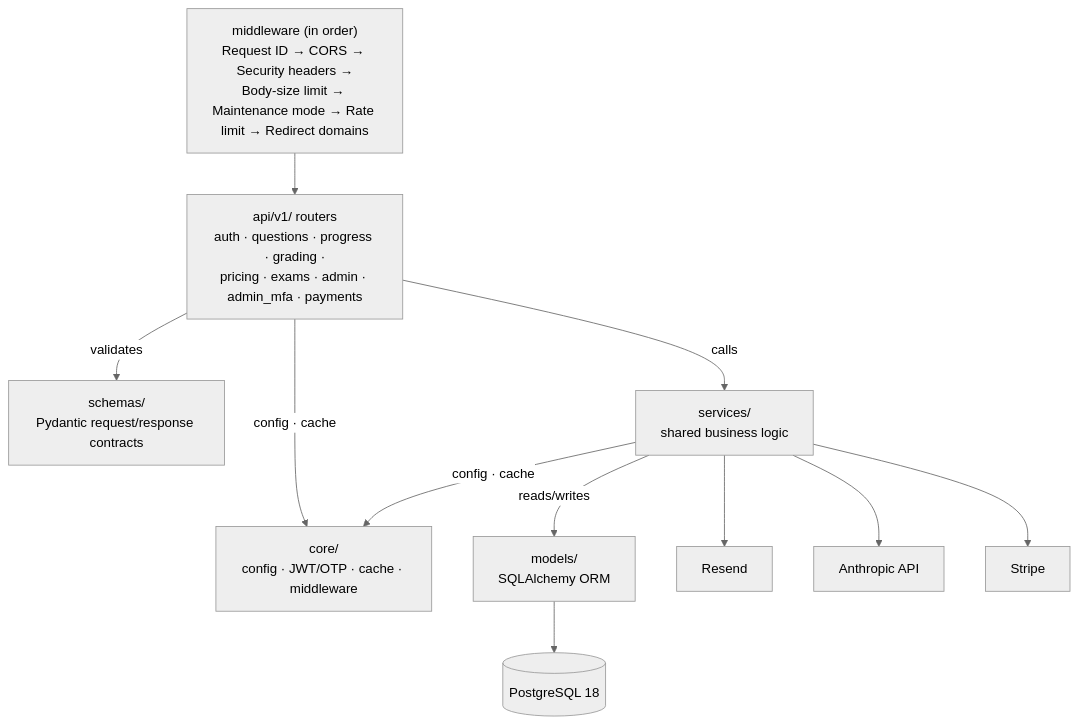
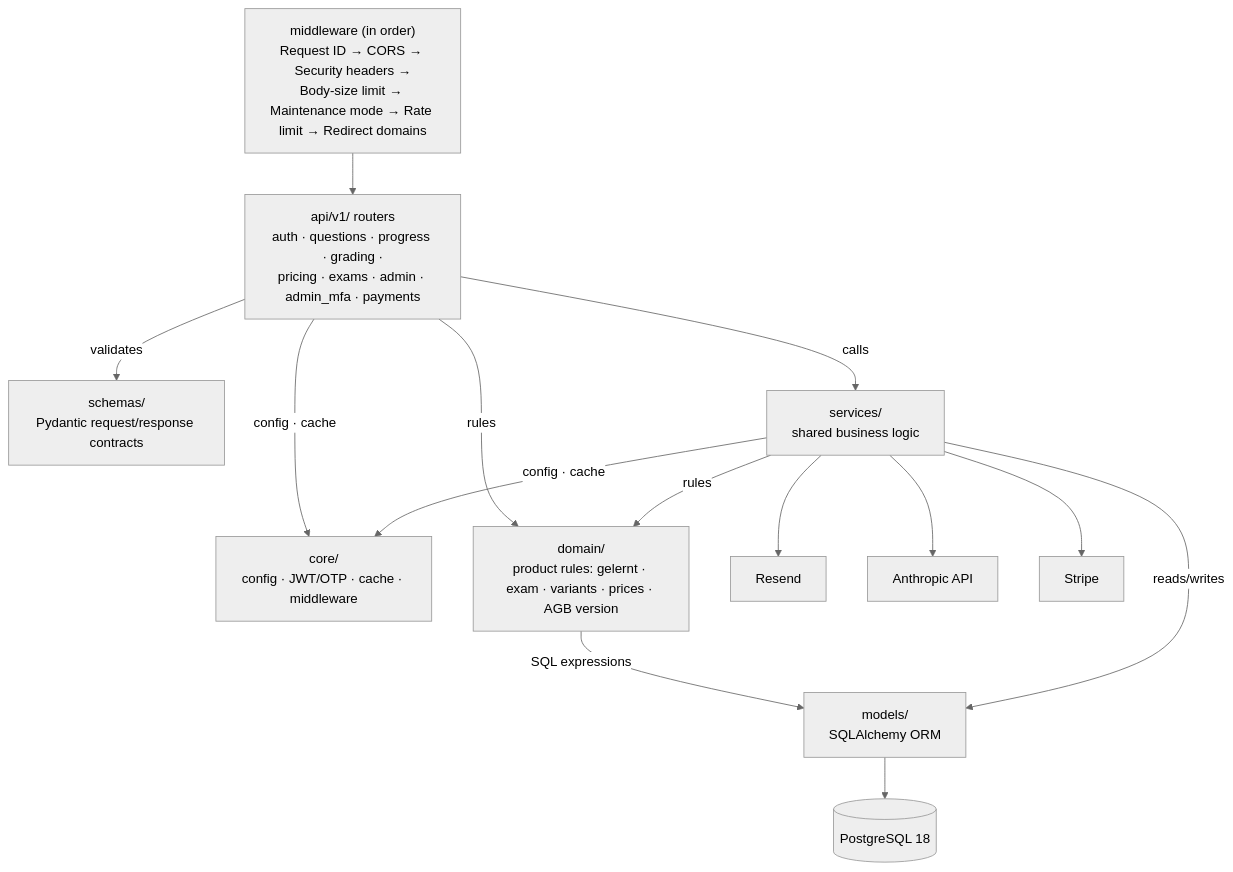
Before and after one commit to berndloeffeld/sks-lotse: the second of 3 diagrams in docs/ARCHITECTURE.md, drawn with Mermaid (neutral theme). The commit also changed other lines of this file and 45 other files, not shown here.

Commit message:
Domain layer for the product rules: app/domain/ (#231)

````diff
--- a/docs/ARCHITECTURE.md
+++ b/docs/ARCHITECTURE.md
@@ -68,24 +68,28 @@
 ```mermaid
 graph TD
     MW["middleware (in order)<br/>Request ID → CORS → Security headers →<br/>Body-size limit → Maintenance mode → Rate limit → Redirect domains"]
     Routers["api/v1/ routers<br/>auth · questions · progress · grading ·<br/>pricing · exams · admin · admin_mfa · payments"]
     Schemas["schemas/<br/>Pydantic request/response contracts"]
     Core["core/<br/>config · JWT/OTP · cache · middleware"]
     Services["services/<br/>shared business logic"]
+    Domain["domain/<br/>product rules: gelernt · exam · variants · prices · AGB version"]
     Models["models/<br/>SQLAlchemy ORM"]
     DB[(PostgreSQL 18)]
     Resend[Resend]
     Anthropic[Anthropic API]
     Stripe[Stripe]
 
     MW --> Routers
     Routers -- validates --> Schemas
     Routers -- "config · cache" --> Core
     Routers -- calls --> Services
     Services -- "config · cache" --> Core
+    Routers -- rules --> Domain
+    Services -- rules --> Domain
+    Domain -- "SQL expressions" --> Models
     Services -- "reads/writes" --> Models
     Models --> DB
     Services --> Resend
     Services --> Anthropic
     Services --> Stripe
 ```
````
